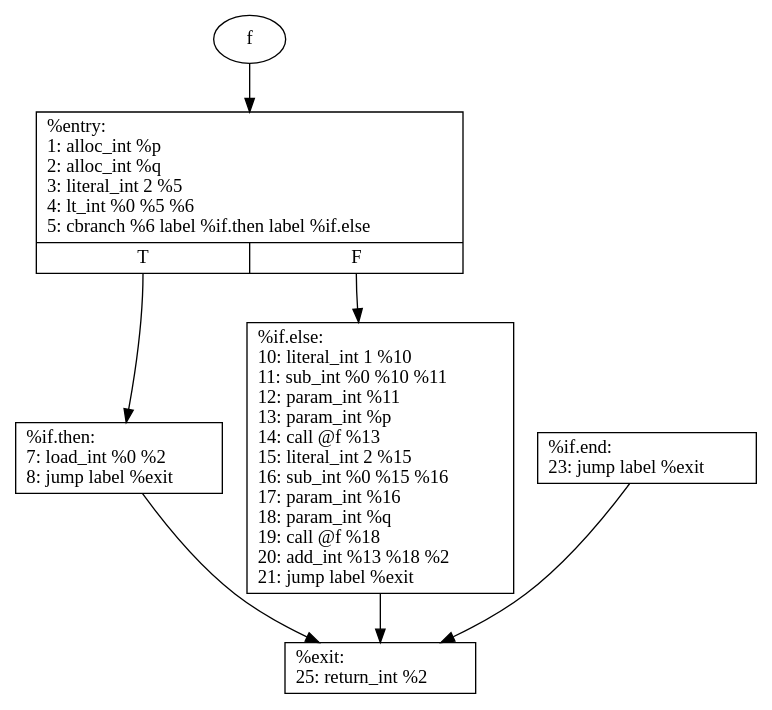
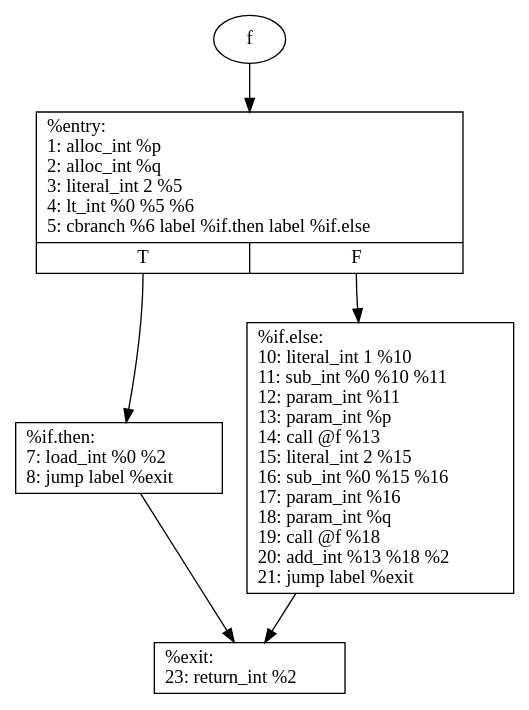
One commit to barddes/ply-python-compiler changed the diagram in f.gv. Above: the diagram before and after it, drawn with Graphviz. The commit also changed 7 other files, not shown here.

```diff
--- a/f.gv
+++ b/f.gv
@@ -1,15 +1,13 @@
 digraph g {
 	node [shape=record]
 	f [shape=ellipse]
 	f -> "%entry"
 	"%entry" [label="{%entry:\l	1:   alloc_int %p \l	2:   alloc_int %q \l	3:   literal_int 2 %5 \l	4:   lt_int %0 %5 %6 \l	5:   cbranch %6 label %if.then label %if.else\l	|{<f0>T|<f1>F}}"]
 	"%entry":f0 -> "%if.then"
 	"%entry":f1 -> "%if.else"
 	"%if.then" [label="{%if.then:\l	7:   load_int %0 %2 \l	8:   jump label %exit\l	}"]
 	"%if.then" -> "%exit"
 	"%if.else" [label="{%if.else:\l	10:   literal_int 1 %10 \l	11:   sub_int %0 %10 %11 \l	12:   param_int %11 \l	13:   param_int %p \l	14:   call @f %13 \l	15:   literal_int 2 %15 \l	16:   sub_int %0 %15 %16 \l	17:   param_int %16 \l	18:   param_int %q \l	19:   call @f %18 \l	20:   add_int %13 %18 %2 \l	21:   jump label %exit\l	}"]
 	"%if.else" -> "%exit"
-	"%if.end" [label="{%if.end:\l	23:   jump label %exit\l	}"]
-	"%if.end" -> "%exit"
-	"%exit" [label="{%exit:\l	25:   return_int %2\l	}"]
+	"%exit" [label="{%exit:\l	23:   return_int %2\l	}"]
 }
```
